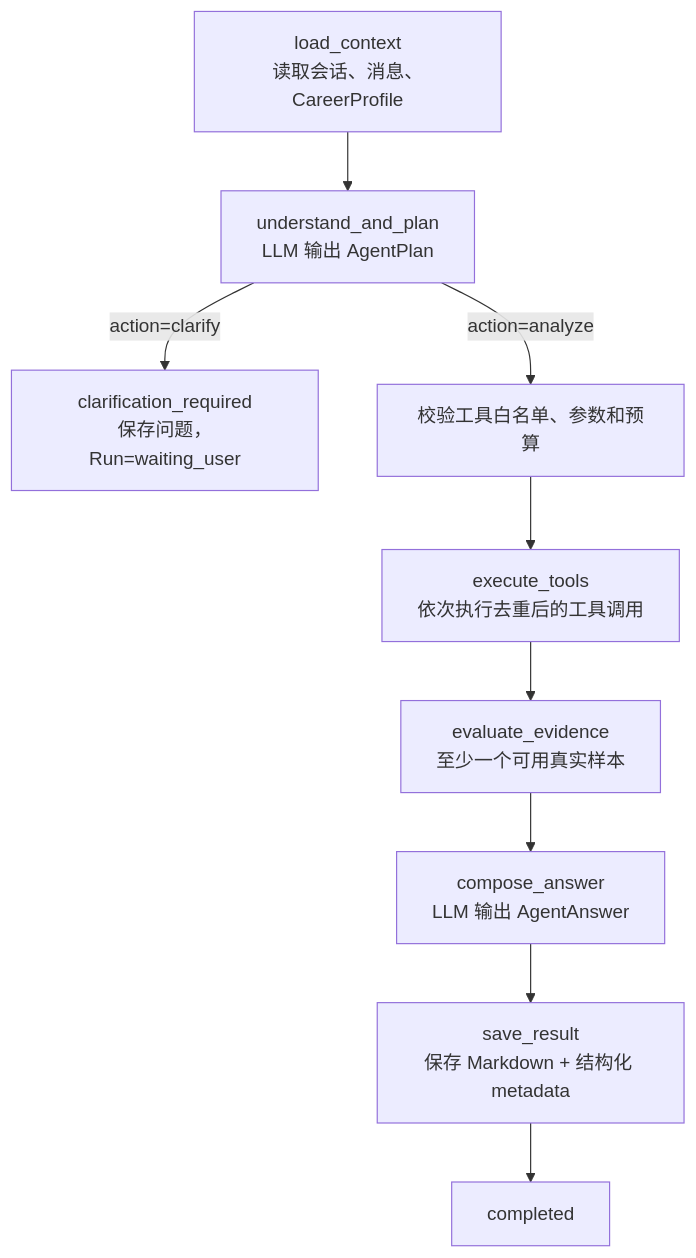
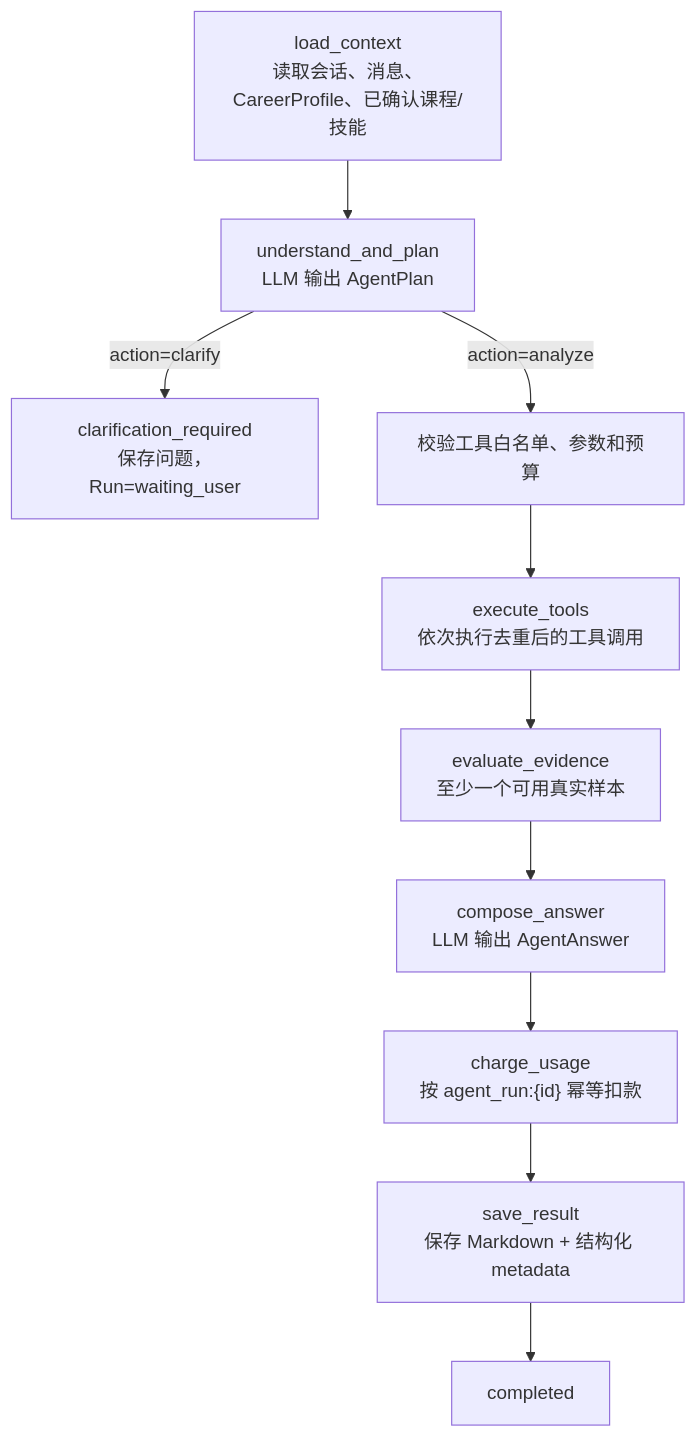
Before and after one commit to bo-ouyang/job: the fifth of 6 diagrams in docs/AGENT_ARCHITECTURE.md, drawn with Mermaid. The commit also changed other lines of this file and 66 other files, not shown here.

````diff
--- a/docs/AGENT_ARCHITECTURE.md
+++ b/docs/AGENT_ARCHITECTURE.md
@@ -193,11 +218,12 @@
 ```mermaid
 flowchart TD
-    Load["load_context<br/>读取会话、消息、CareerProfile"] --> Plan["understand_and_plan<br/>LLM 输出 AgentPlan"]
+    Load["load_context<br/>读取会话、消息、CareerProfile、已确认课程/技能"] --> Plan["understand_and_plan<br/>LLM 输出 AgentPlan"]
     Plan -->|"action=clarify"| Clarify["clarification_required<br/>保存问题，Run=waiting_user"]
     Plan -->|"action=analyze"| Validate["校验工具白名单、参数和预算"]
     Validate --> Tools["execute_tools<br/>依次执行去重后的工具调用"]
     Tools --> Evidence["evaluate_evidence<br/>至少一个可用真实样本"]
     Evidence --> Compose["compose_answer<br/>LLM 输出 AgentAnswer"]
-    Compose --> Save["save_result<br/>保存 Markdown + 结构化 metadata"]
+    Compose --> Bill["charge_usage<br/>按 agent_run:{id} 幂等扣款"]
+    Bill --> Save["save_result<br/>保存 Markdown + 结构化 metadata"]
     Save --> Done["completed"]
 ```
````
